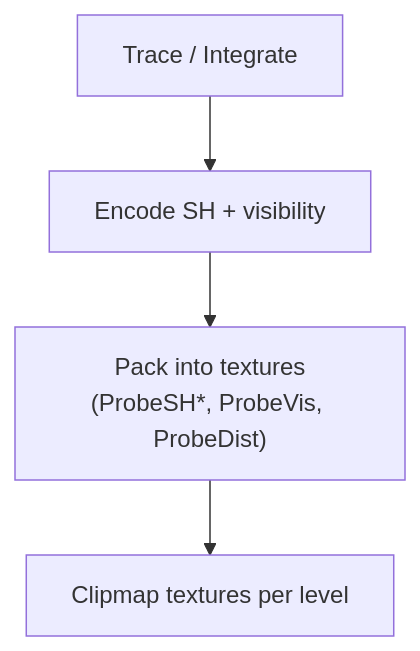
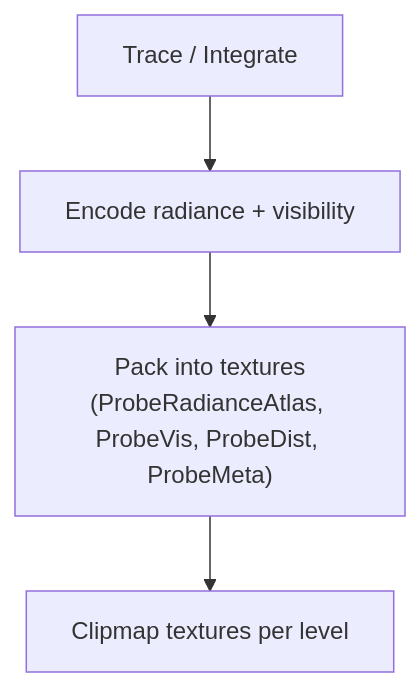
Before and after one commit to dsisco11/VanillaGraphicsExpanded: the diagram in docs/LumOn.18-Probe-Data-Layout-and-Packing.md, drawn with Mermaid. The commit also changed other lines of this file and 14 other files, not shown here.

````diff
--- a/docs/LumOn.18-Probe-Data-Layout-and-Packing.md
+++ b/docs/LumOn.18-Probe-Data-Layout-and-Packing.md
@@ -205,9 +179,9 @@
 ```mermaid
 flowchart TD
   Trace["Trace / Integrate"]
-  Encode["Encode SH + visibility"]
-  Pack["Pack into textures\n(ProbeSH*, ProbeVis, ProbeDist)"]
+  Encode["Encode radiance + visibility"]
+  Pack["Pack into textures\n(ProbeRadianceAtlas, ProbeVis, ProbeDist, ProbeMeta)"]
   Store["Clipmap textures per level"]
 
   Trace --> Encode --> Pack --> Store
 ```
````
